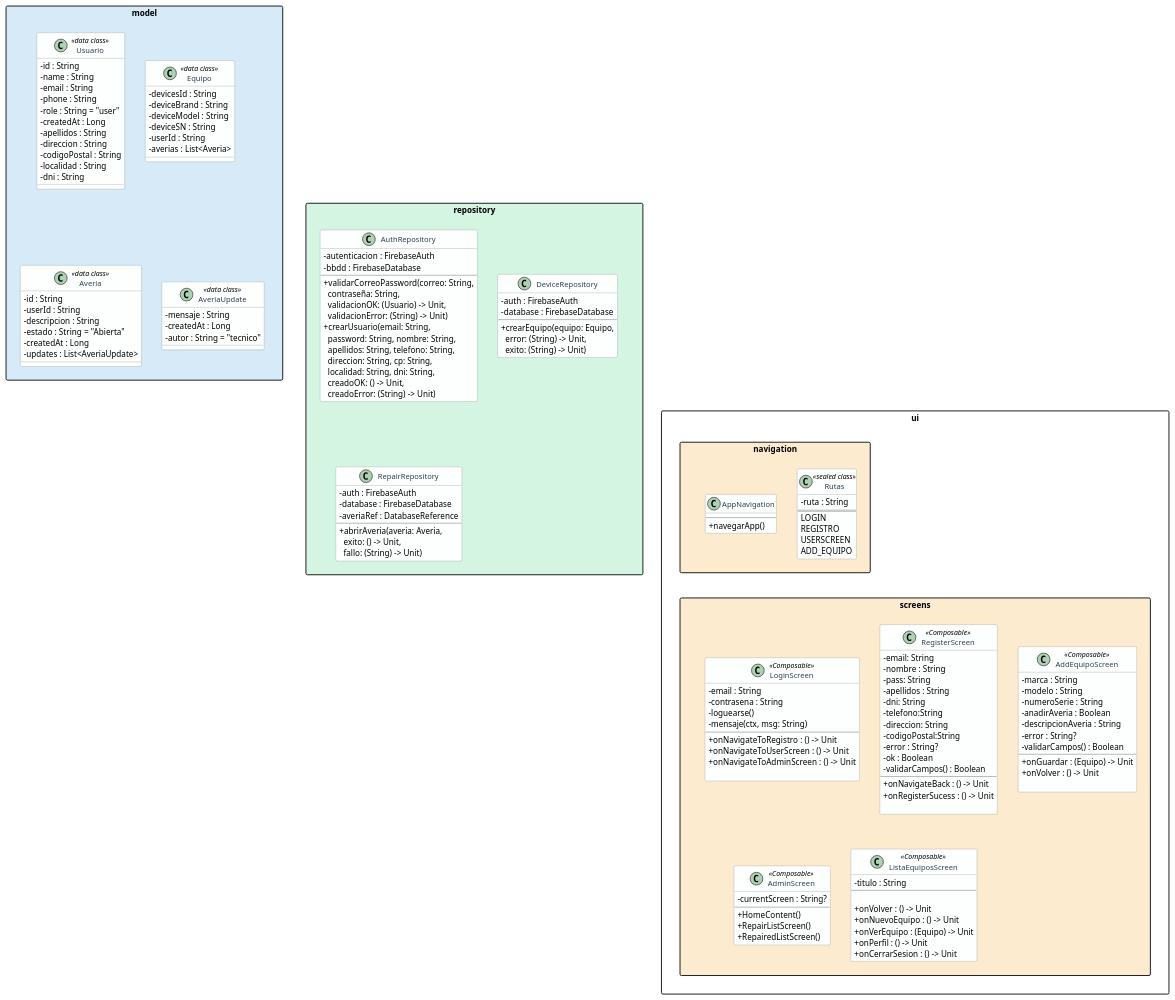
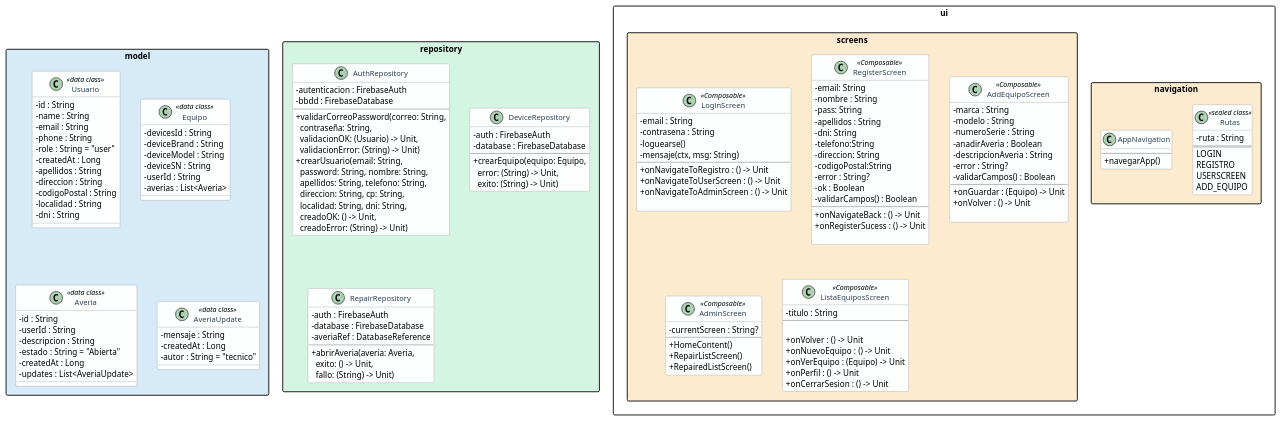
Before and after one commit to CSantiagoPorto/RepairMe: the diagram in app/repairme_diagram.puml, drawn with PlantUML. The commit also changed 6 other files, not shown here.

```diff
--- a/app/repairme_diagram.puml
+++ b/app/repairme_diagram.puml
@@ -1,188 +1,183 @@
 @startuml RepairMe
 
 skinparam classAttributeIconSize 0
 skinparam classFontSize 13
 skinparam shadowing false
 skinparam linetype ortho
-top to bottom direction
+
 skinparam packageStyle rectangle
 
 skinparam class {
     BackgroundColor #FDFEFE
     BorderColor #888888
     FontColor #2c3e50
 }
 
 
 
 ' los modelos
 
 
 package "model" #D6EAF8 {
 
     class Usuario <<data class>> {
         - id : String
         - name : String
         - email : String
         - phone : String
         - role : String = "user"
         - createdAt : Long
         - apellidos : String
         - direccion : String
         - codigoPostal : String
         - localidad : String
         - dni : String
     }
 
     class Equipo <<data class>> {
         - devicesId : String
         - deviceBrand : String
         - deviceModel : String
         - deviceSN : String
         - userId : String
         - averias : List<Averia>
     }
 
     class Averia <<data class>> {
         - id : String
         - userId : String
         - descripcion : String
         - estado : String = "Abierta"
         - createdAt : Long
         - updates : List<AveriaUpdate>
     }
 
     class AveriaUpdate <<data class>> {
         - mensaje : String
         - createdAt : Long
         - autor : String = "tecnico"
     }
 
 }
 
 
 ' los repos
 
 
 package "repository" #D5F5E3 {
 
     class AuthRepository {
         - autenticacion : FirebaseAuth
         - bbdd : FirebaseDatabase
         --
         + validarCorreoPassword(correo: String,\n  contraseña: String,\n  validacionOK: (Usuario) -> Unit,\n  validacionError: (String) -> Unit)
         + crearUsuario(email: String,\n  password: String, nombre: String,\n  apellidos: String, telefono: String,\n  direccion: String, cp: String,\n  localidad: String, dni: String,\n  creadoOK: () -> Unit,\n  creadoError: (String) -> Unit)
     }
 
     class DeviceRepository {
         - auth : FirebaseAuth
         - database : FirebaseDatabase
         --
         + crearEquipo(equipo: Equipo,\n  error: (String) -> Unit,\n  exito: (String) -> Unit)
     }
 
     class RepairRepository {
         - auth : FirebaseAuth
         - database : FirebaseDatabase
         - averiaRef : DatabaseReference
         --
         + abrirAveria(averia: Averia,\n  exito: () -> Unit,\n  fallo: (String) -> Unit)
     }
 
 }
 
 
 ' Las interfaces
 
 
 package "ui.navigation" #FDEBD0 {
 
     class Rutas <<sealed class>> {
         - ruta : String
         ==
         LOGIN
         REGISTRO
         USERSCREEN
         ADD_EQUIPO
     }
 
     class AppNavigation {
         --
         + navegarApp()
     }
 
 }
 
 package "ui.screens" #FDEBD0 {
 
     class LoginScreen <<Composable>> {
         - email : String
         - contrasena : String
         - loguearse()
         - mensaje(ctx, msg: String)
         --
         + onNavigateToRegistro : () -> Unit
         + onNavigateToUserScreen : () -> Unit
         + onNavigateToAdminScreen : () -> Unit
 
     }
 
     class RegisterScreen <<Composable>> {
         - email: String
         - nombre : String
         - pass: String
         - apellidos : String
         - dni: String
         - telefono:String
         - direccion: String
         - codigoPostal:String
         - error : String?
         - ok : Boolean
         - validarCampos() : Boolean
         --
         + onNavigateBack : () -> Unit
         + onRegisterSucess : () -> Unit
 
     }
 
     class AddEquipoScreen <<Composable>> {
         - marca : String
         - modelo : String
         - numeroSerie : String
         - anadirAveria : Boolean
         - descripcionAveria : String
         - error : String?
         - validarCampos() : Boolean
         --
         + onGuardar : (Equipo) -> Unit
         + onVolver : () -> Unit
 
     }
 
     class AdminScreen <<Composable>> {
         - currentScreen : String?
         --
         + HomeContent()
         + RepairListScreen()
         + RepairedListScreen()
     }
 
     class ListaEquiposScreen <<Composable>> {
         -titulo : String
         --
 
         + onVolver : () -> Unit
         + onNuevoEquipo : () -> Unit
         + onVerEquipo : (Equipo) -> Unit
         + onPerfil : () -> Unit
         + onCerrarSesion : () -> Unit
     }
 
 }
 
-
-' Esto fuerza el orden para que quede de arriba a abajo
-"model" -[hidden]down-> "repository"
-"repository" -[hidden]down-> "ui.navigation"
-"ui.navigation" -[hidden]down-> "ui.screens"
 @enduml
```
